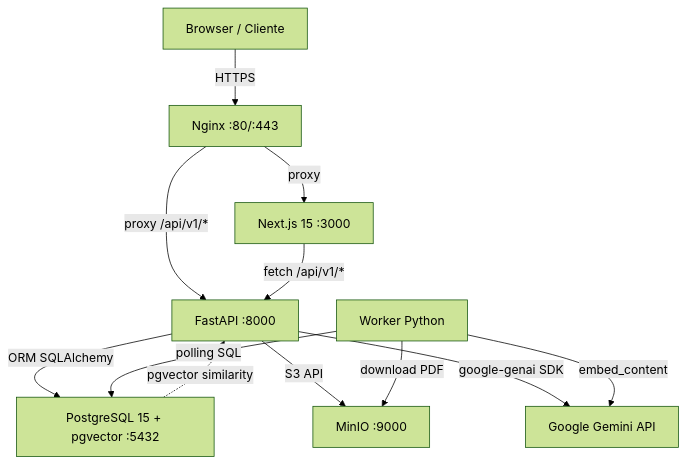
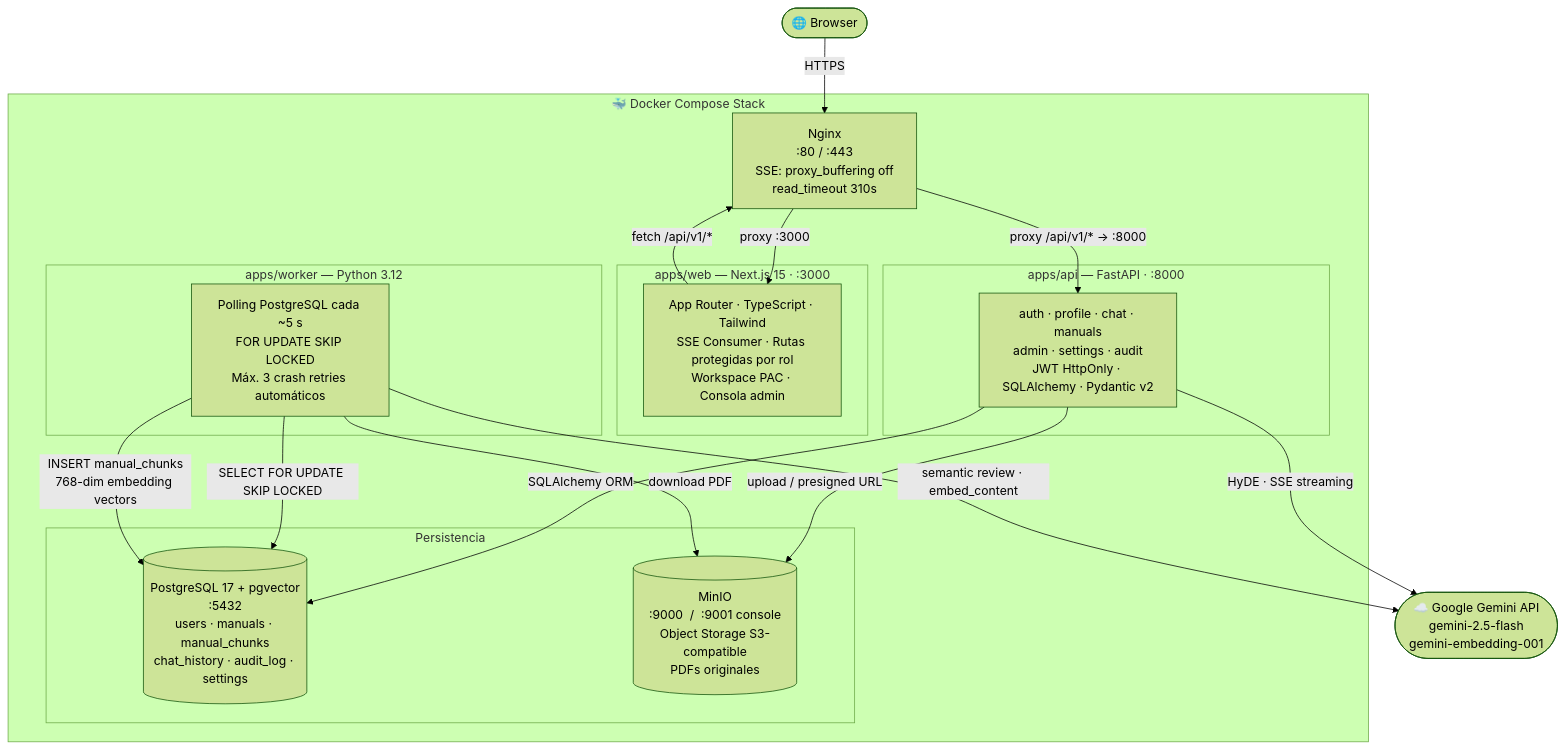
One commit to soviedos/rc7_programming_assistant changed the first of 2 diagrams in README.md. Above: the diagram before and after it, drawn with Mermaid (forest theme). The commit also changed other lines of this file and 4 other files, not shown here.

First line of the commit message:
docs: actualizar README con diagramas de arquitectura y documentación

````diff
--- a/README.md
+++ b/README.md
@@ -11,14 +13,39 @@
 ```mermaid
-graph TD
-    Browser["Browser / Cliente"] -->|HTTPS| Nginx["Nginx :80/:443"]
-    Nginx -->|proxy| Web["Next.js 15 :3000"]
-    Nginx -->|proxy /api/v1/*| API["FastAPI :8000"]
-    Web -->|fetch /api/v1/*| API
-    API -->|ORM SQLAlchemy| PG["PostgreSQL 15 + pgvector :5432"]
-    API -->|S3 API| MinIO["MinIO :9000"]
-    API -->|google-genai SDK| Gemini["Google Gemini API"]
-    Worker["Worker Python"] -->|polling SQL| PG
-    Worker -->|download PDF| MinIO
-    Worker -->|embed_content| Gemini
-    PG -.->|pgvector similarity| API
+flowchart TB
+    Browser(["🌐 Browser"])
+
+    subgraph DockerStack["🐳 Docker Compose Stack"]
+        Nginx["Nginx\n:80 / :443\nSSE: proxy_buffering off\nread_timeout 310s"]
+
+        subgraph FE["apps/web — Next.js 15  ·  :3000"]
+            NextJS["App Router · TypeScript · Tailwind\nSSE Consumer · Rutas protegidas por rol\nWorkspace PAC · Consola admin"]
+        end
+
+        subgraph BE["apps/api — FastAPI  ·  :8000"]
+            FastAPI["auth · profile · chat · manuals\nadmin · settings · audit\nJWT HttpOnly · SQLAlchemy · Pydantic v2"]
+        end
+
+        subgraph WK["apps/worker — Python 3.12"]
+            Worker["Polling PostgreSQL cada ~5 s\nFOR UPDATE SKIP LOCKED\nMáx. 3 crash retries automáticos"]
+        end
+
+        subgraph DB["Persistencia"]
+            PG[("PostgreSQL 17 + pgvector\n:5432\nusers · manuals · manual_chunks\nchat_history · audit_log · settings")]
+            MinIO[("MinIO\n:9000  /  :9001 console\nObject Storage S3-compatible\nPDFs originales")]
+        end
+    end
+
+    Gemini(["☁️ Google Gemini API\ngemini-2.5-flash\ngemini-embedding-001"])
+
+    Browser -->|HTTPS| Nginx
+    Nginx -->|proxy :3000| NextJS
+    Nginx -->|"proxy /api/v1/*  →  :8000"| FastAPI
+    NextJS -->|"fetch /api/v1/*"| Nginx
+    FastAPI -->|"SQLAlchemy ORM"| PG
+    FastAPI -->|"upload / presigned URL"| MinIO
+    FastAPI -->|"HyDE · SSE streaming"| Gemini
+    Worker -->|"SELECT FOR UPDATE SKIP LOCKED"| PG
+    Worker -->|"download PDF"| MinIO
+    Worker -->|"semantic review · embed_content"| Gemini
+    Worker -->|"INSERT manual_chunks\n768-dim embedding vectors"| PG
 ```
````
